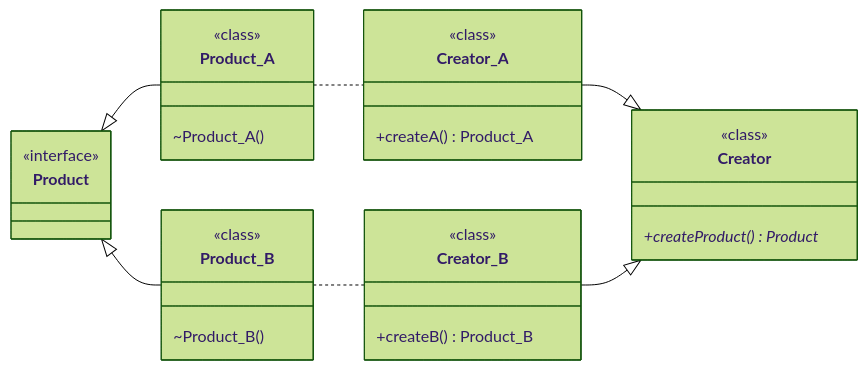
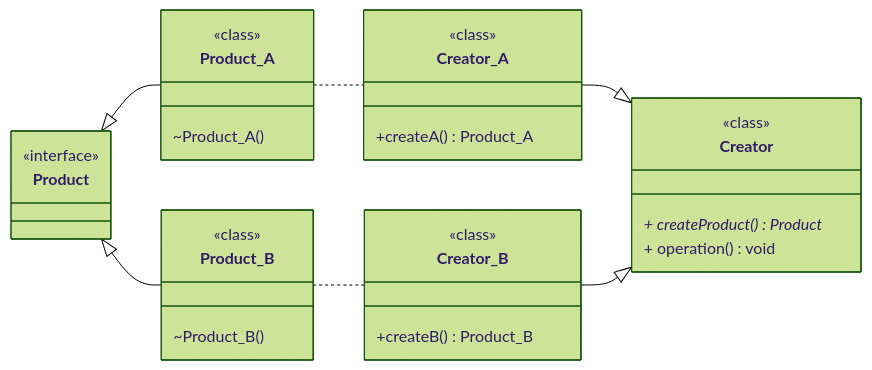
Before and after one commit to angelromarco04/MyNotes: the first of 2 diagrams in Programming/Patterns/data/Factory.md, drawn with Mermaid (forest theme). The commit also changed other lines of this file and 1 other file, not shown here.

````diff
--- a/Programming/Patterns/data/Factory.md
+++ b/Programming/Patterns/data/Factory.md
@@ -41,42 +38,43 @@
 ```mermaid
 classDiagram
 direction LR
 Product <|--  Product_A
 Product <|-- Product_B
 
 Product_A .. Creator_A
 Product_B .. Creator_B
 
 Creator_A --|> Creator
 Creator_B --|> Creator
 
 class Product {
 	<<interface>>
 }
 
 class Product_A {
 	<<class>>
 	~Product_A()
 }
 
 class Product_B {
 	<<class>>
 	~Product_B()
 }
 
 class Creator {
 	<<class>>
-	+createProduct() Product*
+	+ createProduct() Product*
+	+ operation() void
 }
 
 class Creator_A {
 	<<class>>
 	+createA() Product_A
 }
 
 class Creator_B {
 	<<class>>
 	+createB() Product_B
 }
 
 ```
````
